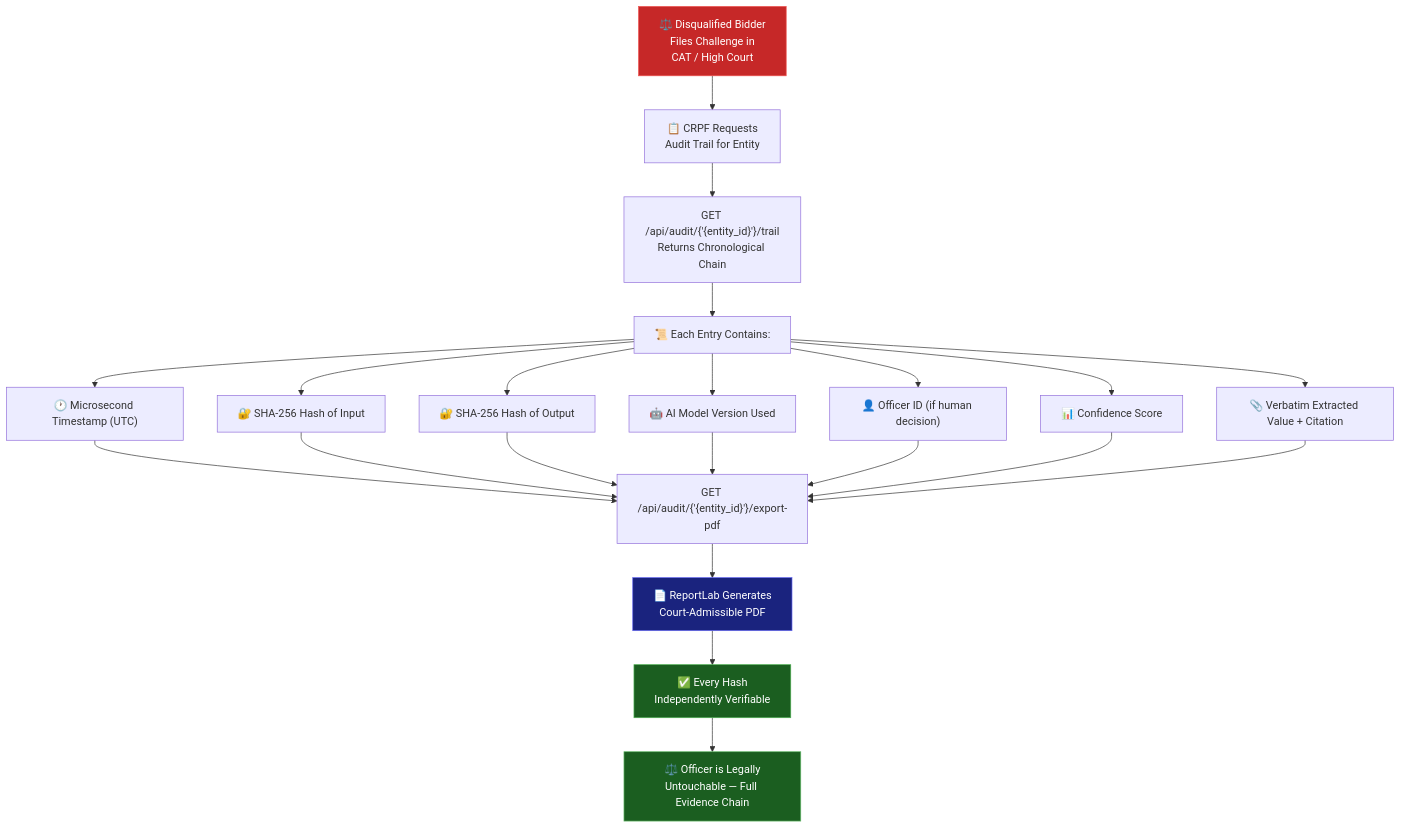
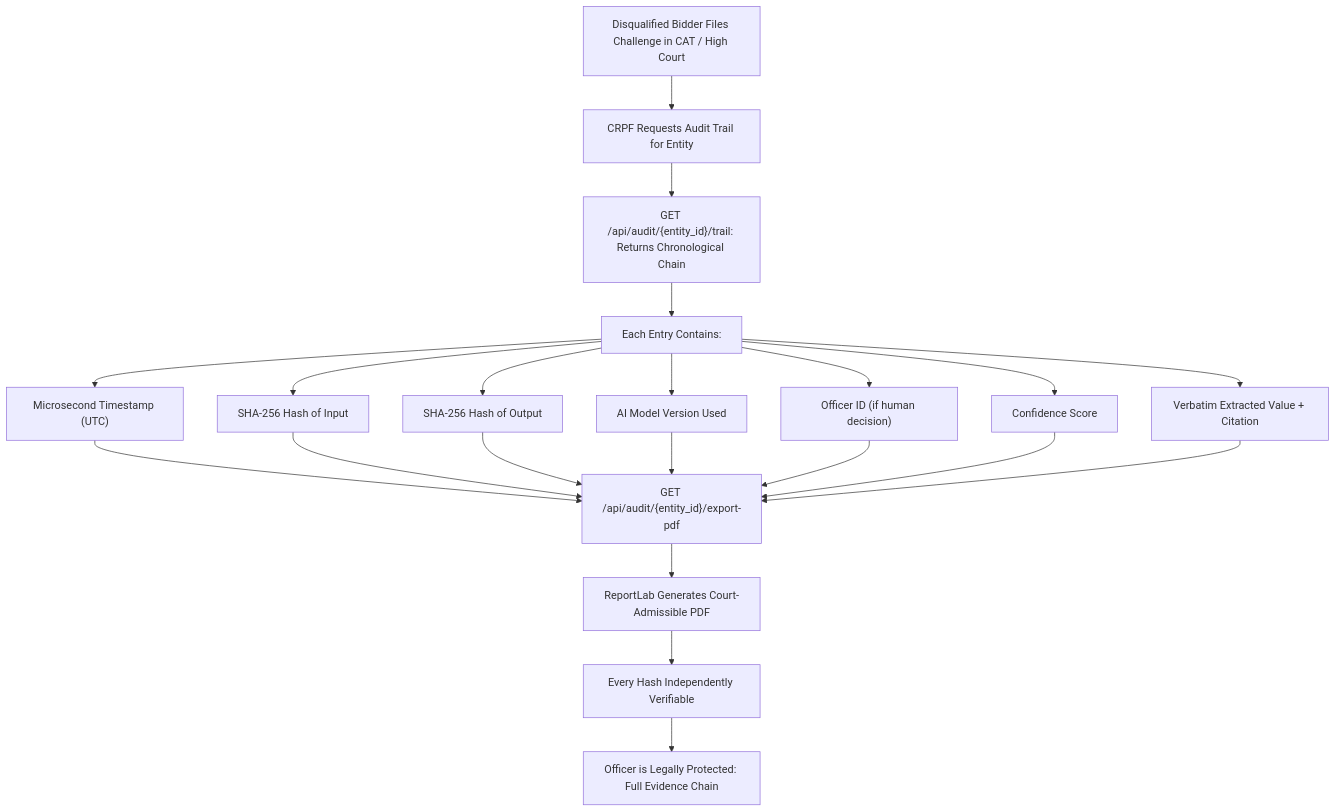
One commit to SIBAM890/Nyayadarsi changed the sixth of 6 diagrams in README.md. Above: the diagram before and after it, drawn with Mermaid. The commit also changed other lines of this file, not shown here.

Commit message:
docs: update README with refreshed architecture, project details, and workflow diagrams

````diff
--- a/README.md
+++ b/README.md
@@ -231,24 +199,19 @@
 ```mermaid
 flowchart TD
-    A["⚖️ Disqualified Bidder<br/>Files Challenge in<br/>CAT / High Court"] --> B["📋 CRPF Requests<br/>Audit Trail for Entity"]
-    B --> C["GET /api/audit/{'{entity_id}'}/trail<br/>Returns Chronological Chain"]
-    C --> D["📜 Each Entry Contains:"]
+    A["Disqualified Bidder Files Challenge in CAT / High Court"] --> B["CRPF Requests Audit Trail for Entity"]
+    B --> C["GET /api/audit/{entity_id}/trail: Returns Chronological Chain"]
+    C --> D["Each Entry Contains:"]
 
-    D --> E["🕐 Microsecond Timestamp (UTC)"]
-    D --> F["🔐 SHA-256 Hash of Input"]
-    D --> G["🔐 SHA-256 Hash of Output"]
-    D --> H["🤖 AI Model Version Used"]
-    D --> I["👤 Officer ID (if human decision)"]
-    D --> J["📊 Confidence Score"]
-    D --> K["📎 Verbatim Extracted Value + Citation"]
+    D --> E["Microsecond Timestamp (UTC)"]
+    D --> F["SHA-256 Hash of Input"]
+    D --> G["SHA-256 Hash of Output"]
+    D --> H["AI Model Version Used"]
+    D --> I["Officer ID (if human decision)"]
+    D --> J["Confidence Score"]
+    D --> K["Verbatim Extracted Value + Citation"]
 
-    E & F & G & H & I & J & K --> L["GET /api/audit/{'{entity_id}'}/export-pdf"]
-    L --> M["📄 ReportLab Generates<br/>Court-Admissible PDF"]
-    M --> N["✅ Every Hash<br/>Independently Verifiable"]
-    N --> O["⚖️ Officer is Legally<br/>Untouchable — Full Evidence Chain"]
-
-    style A fill:#c62828,stroke:#ef5350,color:#fff
-    style M fill:#1a237e,stroke:#6366f1,color:#fff
-    style N fill:#1b5e20,stroke:#4caf50,color:#fff
-    style O fill:#1b5e20,stroke:#66bb6a,color:#fff
+    E & F & G & H & I & J & K --> L["GET /api/audit/{entity_id}/export-pdf"]
+    L --> M["ReportLab Generates Court-Admissible PDF"]
+    M --> N["Every Hash Independently Verifiable"]
+    N --> O["Officer is Legally Protected: Full Evidence Chain"]
 ```
````
